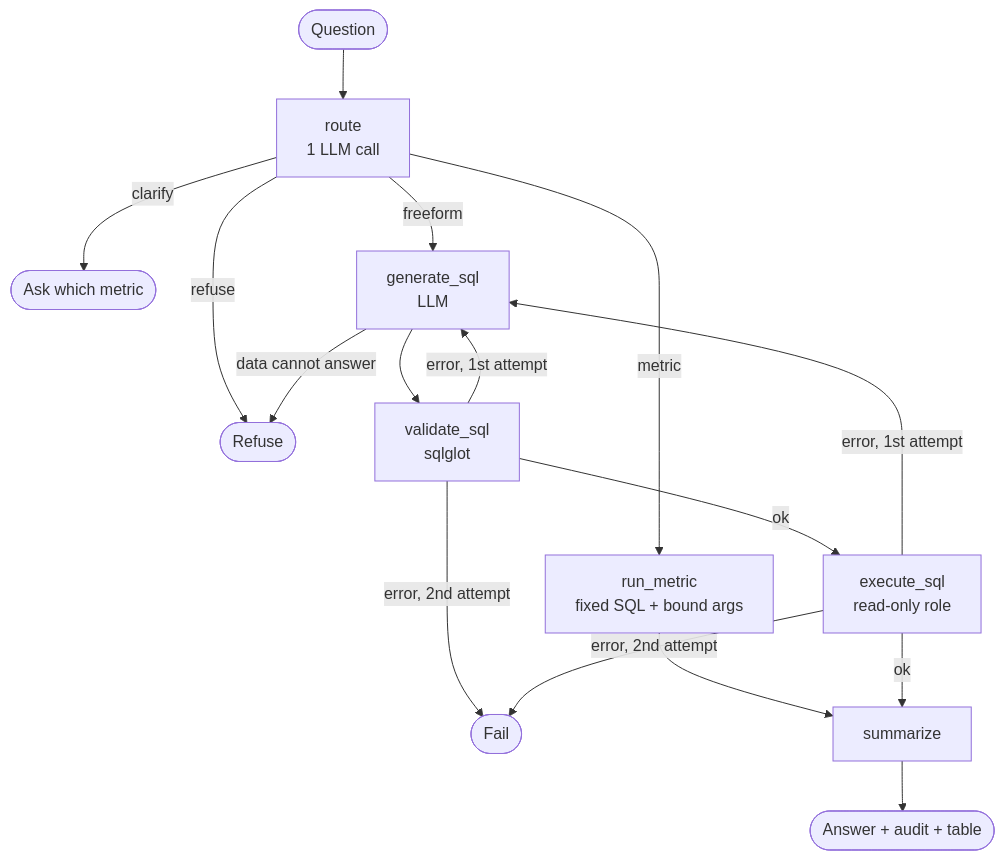
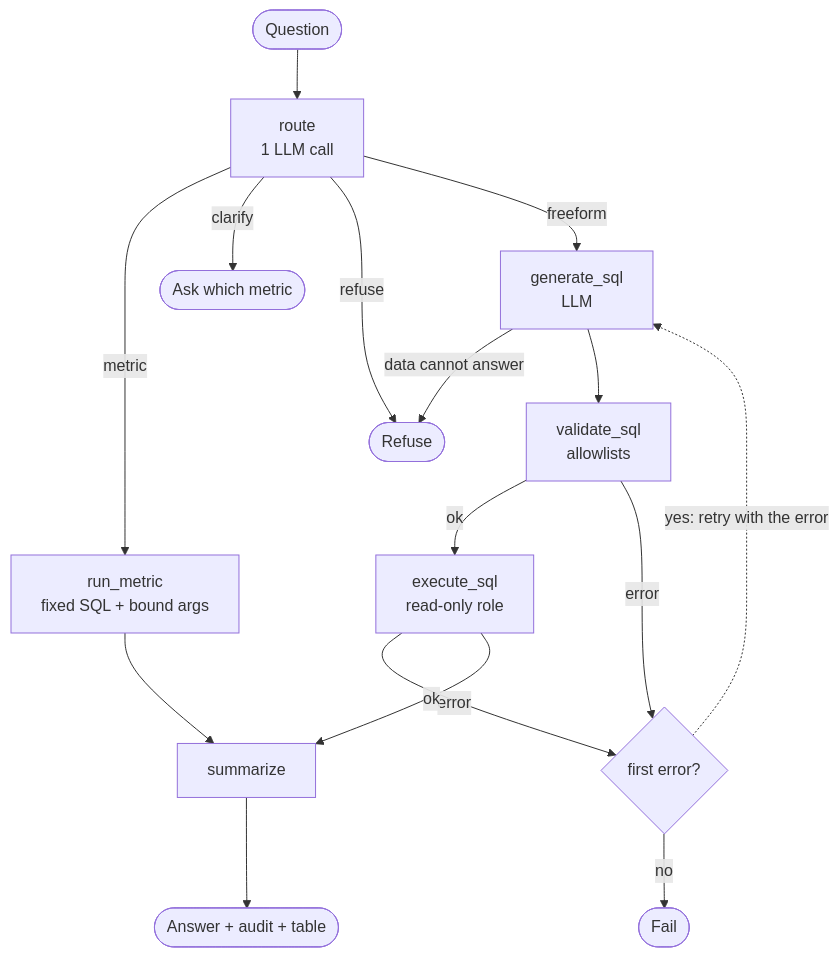
The diagram in README.md (Tanmay-Singh-24/TrueMetric), drawn with Mermaid before and after one commit. The commit also changed 1 other file, not shown here.

Commit message:
Draw the retry rule once in the flow diagrams

````diff
--- a/README.md
+++ b/README.md
@@ -69,18 +69,18 @@
 ```mermaid
 flowchart TD
     Q([Question]) --> R[route<br/>1 LLM call]
     R -- metric --> M[run_metric<br/>fixed SQL + bound args]
     R -- clarify --> C([Ask which metric])
     R -- refuse --> X([Refuse])
     R -- freeform --> G[generate_sql<br/>LLM]
-    G --> V[validate_sql<br/>sqlglot]
     G -- data cannot answer --> X
+    G --> V[validate_sql<br/>allowlists]
     V -- ok --> E[execute_sql<br/>read-only role]
-    V -- error, 1st attempt --> G
-    E -- error, 1st attempt --> G
-    V -- error, 2nd attempt --> F([Fail])
-    E -- error, 2nd attempt --> F
+    V -- error --> T{first error?}
+    E -- error --> T
+    T -. yes: retry with the error .-> G
+    T -- no --> F([Fail])
     M --> S[summarize]
     E -- ok --> S
     S --> A([Answer + audit + table])
 ```
````
